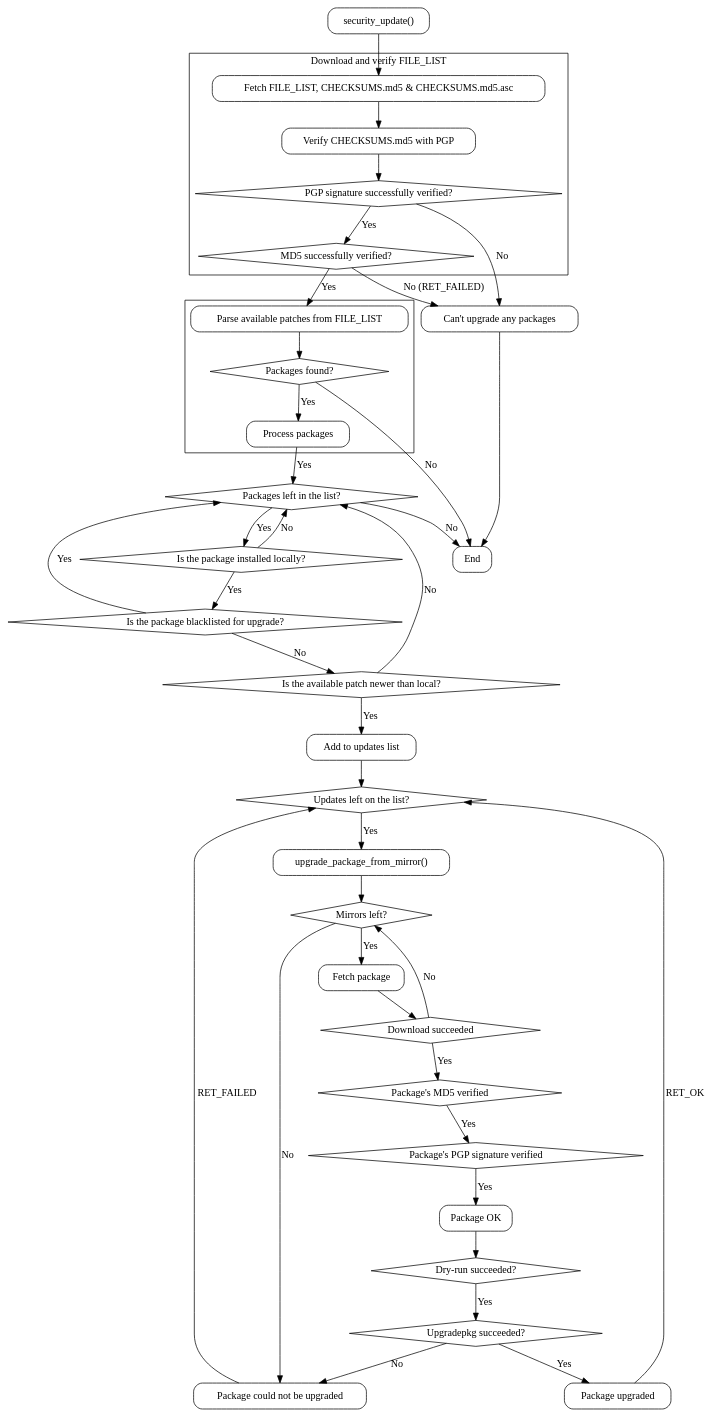
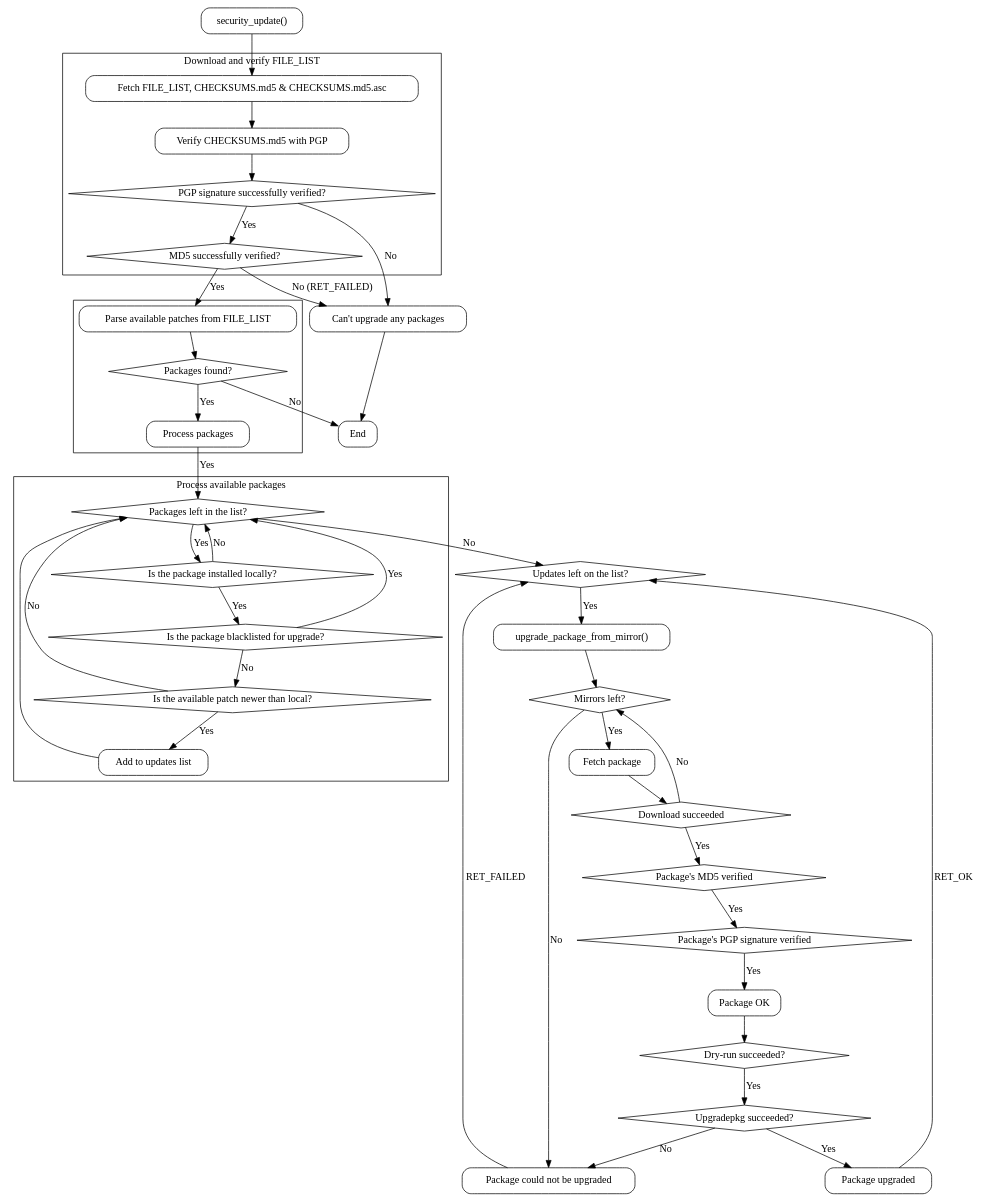
The diagram in how_it_works.dot (pyllyukko/swsp), drawn with Graphviz before and after one commit.

Commit message:
"Available packages" subgraph

```diff
--- a/how_it_works.dot
+++ b/how_it_works.dot
@@ -1,156 +1,159 @@
 /*
  * this is roughly how this script works:
  *
  *   - perform a bunch of sanity checks
  *   - detect the Slackware version and architecture in use
  *   - fetch the patches/FILE_LIST		file from $MAIN_MIRROR FTP
  *   - fetch the patches/CHECKSUMS.md5		file from $MAIN_MIRROR FTP
  *   - fetch the patches/CHECKSUMS.md5.asc	file from $MAIN_MIRROR FTP
  *   - verify the PGP signature of	CHECKSUMS.md5
  *   - verify the FILE_LIST MD5 from	CHECKSUMS.md5
  *   - at this point we should be confident that the patch list is authentic
  *   - read all available packages from FILE_LIST into $PACKAGES[] array
  *
  *   - go through the $PACKAGES[] array:
  *     - check if the package in question is installed on the local system
  *     - if $SELECT_UPDATES_INDIVIDUALLY is 1, let user choose whether to add
  *       the package to the $UPDATES[] array
  *     - go through the $UPDATE_BLACKLIST[] array to see if we should skip this
  *       patch
  *     - verify the slackware version tag in the package's revision field is
  *       correct, if available at all that is
  *     - if SKIP_VERSION_TEST is 0, perform version comparison against the
  *       currently installed versions with version_checker() and
  *       do_version_check() functions
  *       - if versions are the same, compare the revisions
  *     - if SKIP_VERSION_TEST is 1, just compare whether the versions are
  *       exactly same
  *   - add suitable packages to the $UPDATES[] array
  *   - print a brief summary about the packages in the $UPDATES[] array
  *
  *   - start processing the $UPDATES[] array:
  *     - try to fetch the SSA ID for the patch from www.slackware.com
  *     - check if the patch is a kernel upgrade, so we can notify the user that
  *       it needs some manual work
  *     - try all the $MIRRORS[] until the package and it's PGP signature file
  *       are downloaded
  *     - verify the package's MD5 from CHECKSUMS.md5 (note that CHECKSUMS.md5
  *       itself should already be verified at this point, also see
  *       $CHECKSUMS_VERIFIED variable)
  *     - verify the package's PGP signature
  *     - run upgradepkg with --dry-run first and the the real deal
  *     - if everything went well, add the applied patch to $UPGRADED_PACKAGES[]
  *       array, otherwise to the $FAILED_PACKAGES[] array
  *
  *   ... to be continued
  */
 digraph {
   start[shape="box", style=rounded];
   end[shape="box", style=rounded];
   fetch_FILE_LIST[shape="box", style=rounded];
   verify_checksums[shape="box", style=rounded];
   //verify_file_list[shape="box", style=rounded];
   md5_verified[shape="diamond", style=""];
   package_md5_verified[shape="diamond", style=""];
   package_pgp_verified[shape="diamond", style=""];
   package_ok[shape="box", style=rounded];
   pgp_verified[shape="diamond", style=""];
   fail[shape="box", style=rounded];
   parse_updates[shape="box", style=rounded];
   any_packages_found[shape="diamond", style=""];
   process_packages[shape="box", style=rounded];
   next_package[shape="diamond", style=""];
   is_package_installed[shape="diamond", style=""];
   is_package_blacklisted[shape="diamond", style=""];
   is_package_newer[shape="diamond", style=""];
   add_to_update_list[shape="box", style=rounded];
   updates_left_on_the_list[shape="diamond", style=""];
   upgrade_package_from_mirror[shape="box", style=rounded];
   next_mirror[shape="diamond", style=""];
   package_upgrade_failed[shape="box", style=rounded];
   fetch_package[shape="box", style=rounded];
   download_success[shape="diamond", style=""];
   dry_run[shape="diamond", style=""];
   upgradepkg[shape="diamond", style=""];
   package_upgraded[shape="box", style=rounded];
 
   start -> fetch_FILE_LIST;
   subgraph cluster0 {
     label="Download and verify FILE_LIST"
 
     fetch_FILE_LIST -> verify_checksums;
     verify_checksums -> pgp_verified;
     pgp_verified -> md5_verified[label="Yes"];
   }
   pgp_verified -> fail[label="No"];
   /*
   pgp_verified -> verify_file_list[label="Yes"];
   verify_file_list -> md5_verified;
   */
   md5_verified -> fail[label="No (RET_FAILED)"];
   fail -> end;
 
   subgraph cluster1 {
     md5_verified -> parse_updates[label="Yes"];
     parse_updates -> any_packages_found;
     any_packages_found -> process_packages[label="Yes"];
   }
   any_packages_found -> end[label="No"];
   process_packages -> next_package[label="Yes"];
 
-  next_package -> is_package_installed[label="Yes"];
-  is_package_installed -> next_package[label="No"];
-  is_package_installed -> is_package_blacklisted[label="Yes"];
-  is_package_blacklisted -> is_package_newer[label="No"];
-  is_package_blacklisted -> next_package[label="Yes"];
-  is_package_newer -> next_package[label="No"];
-  is_package_newer -> add_to_update_list[label="Yes"];
-  add_to_update_list -> updates_left_on_the_list;
+  subgraph cluster2 {
+    label="Process available packages";
+    next_package -> is_package_installed[label="Yes"];
+    is_package_installed -> next_package[label="No"];
+    is_package_installed -> is_package_blacklisted[label="Yes"];
+    is_package_blacklisted -> is_package_newer[label="No"];
+    is_package_blacklisted -> next_package[label="Yes"];
+    is_package_newer -> next_package[label="No"];
+    is_package_newer -> add_to_update_list[label="Yes"];
+  }
+  add_to_update_list -> next_package;
   updates_left_on_the_list -> upgrade_package_from_mirror[label="Yes"];
-  next_package -> end[label="No"];
+  next_package -> updates_left_on_the_list[label="No"];
 
   upgrade_package_from_mirror -> next_mirror;
   next_mirror -> fetch_package[label="Yes"];
   next_mirror -> package_upgrade_failed[label="No"];
   fetch_package -> download_success;
   download_success -> next_mirror[label="No"];
   download_success -> package_md5_verified[label="Yes"];
   package_md5_verified -> package_pgp_verified[label="Yes"];
   package_pgp_verified -> package_ok[label="Yes"];
   package_ok -> dry_run;
   dry_run -> upgradepkg[label="Yes"];
   upgradepkg -> package_upgraded[label="Yes"];
 
   upgradepkg -> package_upgrade_failed[label="No"];
   package_upgraded -> updates_left_on_the_list[label="RET_OK"];
   package_upgrade_failed -> updates_left_on_the_list[label="RET_FAILED"];
 
   start[label="security_update()"];
   end[label="End"];
   fetch_FILE_LIST[label="Fetch FILE_LIST, CHECKSUMS.md5 & CHECKSUMS.md5.asc"];
   verify_checksums[label="Verify CHECKSUMS.md5 with PGP"];
   //verify_file_list[label="Verify FILE_LIST's MD5"];
   md5_verified[label="MD5 successfully verified?"];
   pgp_verified[label="PGP signature successfully verified?"];
   fail[label="Can't upgrade any packages"];
   parse_updates[label="Parse available patches from FILE_LIST"];
   any_packages_found[label="Packages found?"];
   process_packages[label="Process packages"];
   next_package[label="Packages left in the list?"];
   is_package_installed[label="Is the package installed locally?"];
   is_package_blacklisted[label="Is the package blacklisted for upgrade?"];
   is_package_newer[label="Is the available patch newer than local?"];
   add_to_update_list[label="Add to updates list"];
   updates_left_on_the_list[label="Updates left on the list?"];
   upgrade_package_from_mirror[label="upgrade_package_from_mirror()"];
   package_upgrade_failed[label="Package could not be upgraded"];
   next_mirror[label="Mirrors left?"];
   fetch_package[label="Fetch package"];
   download_success[label="Download succeeded"];
   package_md5_verified[label="Package's MD5 verified"];
   package_pgp_verified[label="Package's PGP signature verified"];
   package_ok[label="Package OK"];
   dry_run[label="Dry-run succeeded?"];
   upgradepkg[label="Upgradepkg succeeded?"];
   package_upgraded[label="Package upgraded"];
 }
```
